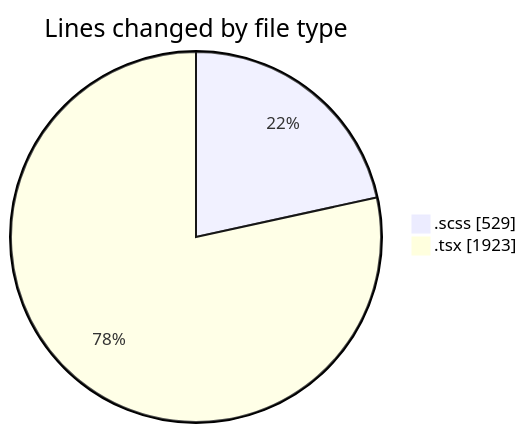
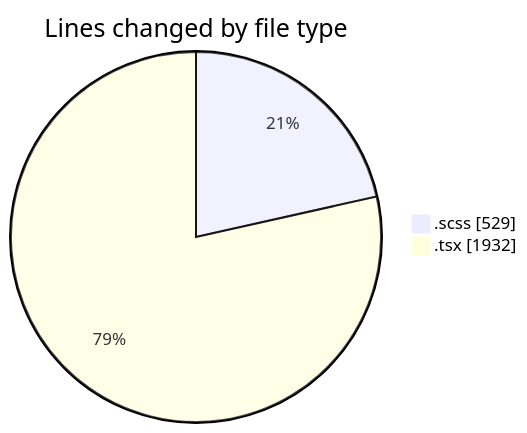
Before and after one commit to momahboobian/code-tracking: the first of 2 diagrams in 2025-08-28/cda/README.md, drawn with Mermaid. The commit also changed other lines of this file and 1 other file, not shown here.

````diff
--- a/2025-08-28/cda/README.md
+++ b/2025-08-28/cda/README.md
@@ -27,6 +27,6 @@
 ```mermaid
 pie showData
 title Lines changed by file type
 ".scss" : 529
-".tsx" : 1923
+".tsx" : 1932
 ```
````
